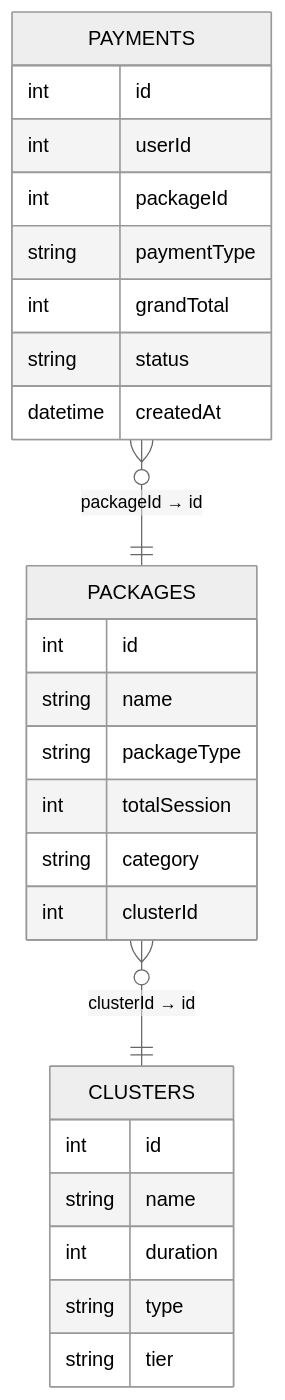
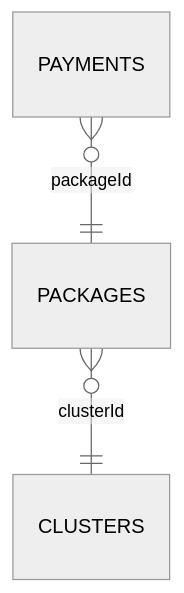
Before and after one commit to tiarapramadhan/counseling-transaction-sql-dashboard-analysis: the diagram in README.md, drawn with Mermaid (neutral theme). The commit also changed other lines of this file, not shown here.

````diff
--- a/README.md
+++ b/README.md
@@ -47,32 +38,5 @@
 ```mermaid
 erDiagram
-    PAYMENTS }o--|| PACKAGES : "packageId → id"
-    PACKAGES }o--|| CLUSTERS : "clusterId → id"
-
-    PAYMENTS {
-        int id
-        int userId
-        int packageId
-        string paymentType
-        int grandTotal
-        string status
-        datetime createdAt
-    }
-
-    PACKAGES {
-        int id
-        string name
-        string packageType
-        int totalSession
-        string category
-        int clusterId
-    }
-
-    CLUSTERS {
-        int id
-        string name
-        int duration
-        string type
-        string tier
-    }
+    PAYMENTS }o--|| PACKAGES : packageId
+    PACKAGES }o--|| CLUSTERS : clusterId
 ```
````
